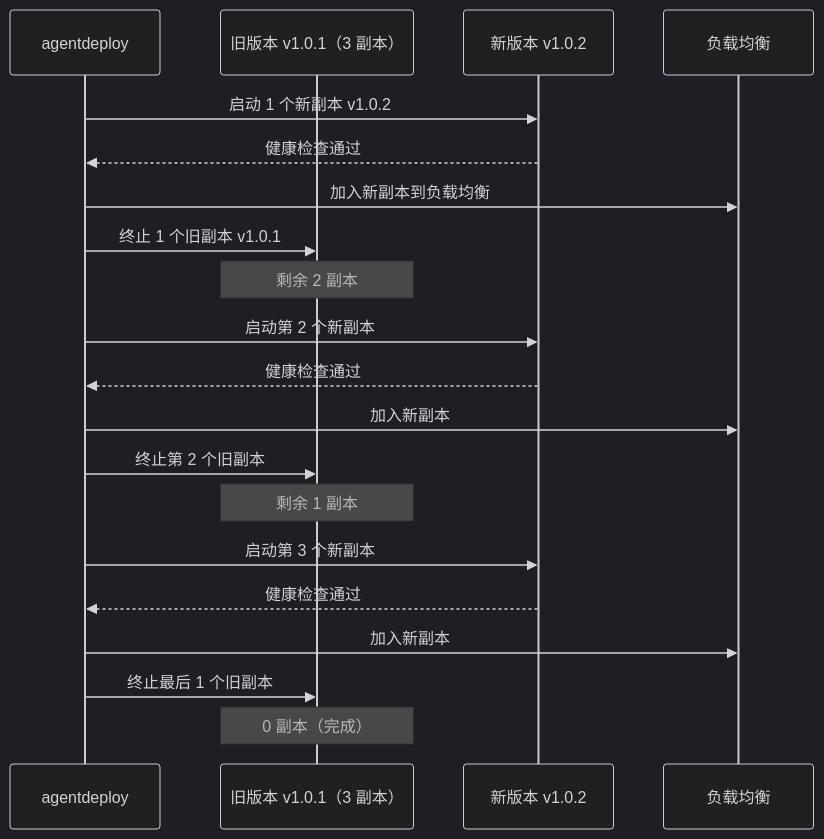
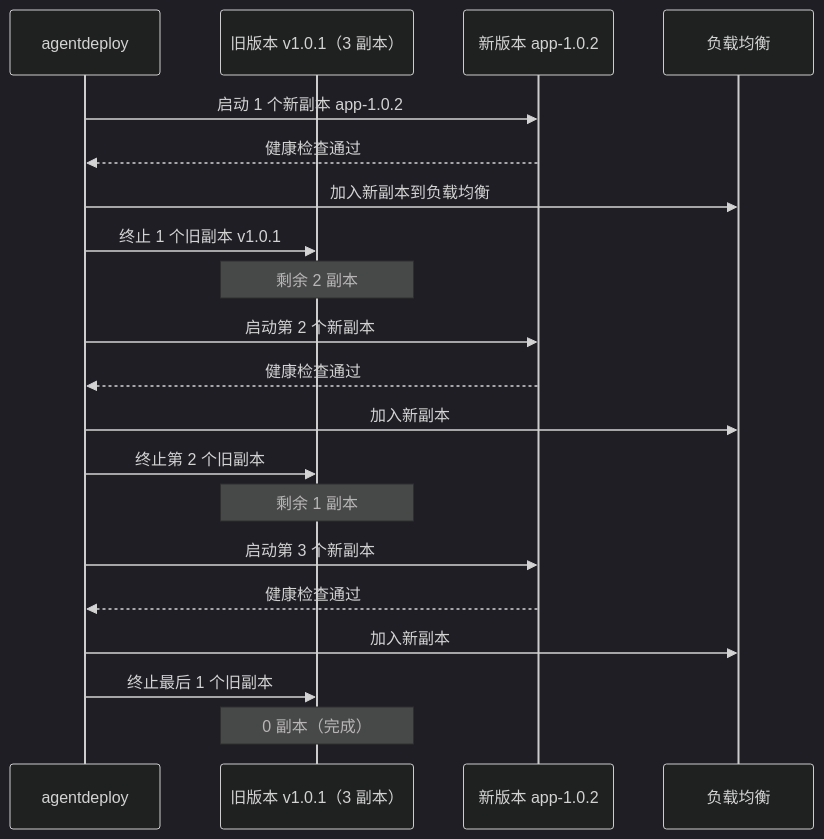
Before and after one commit to openairymax/docs: the fifth of 9 diagrams in AirymaxOS/140-application-development/06-agent-deployment.md, drawn with Mermaid (dark theme). The commit also changed other lines of this file and 113 other files, not shown here.

````diff
--- a/AirymaxOS/140-application-development/06-agent-deployment.md
+++ b/AirymaxOS/140-application-development/06-agent-deployment.md
@@ -691,25 +691,25 @@
 ```mermaid
 sequenceDiagram
     participant DEPLOY as agentdeploy
     participant OLD as 旧版本 v1.0.1（3 副本）
-    participant NEW as 新版本 v1.0.2
+    participant NEW as 新版本 app-1.0.2
     participant LB as 负载均衡
 
-    DEPLOY->>NEW: 启动 1 个新副本 v1.0.2
+    DEPLOY->>NEW: 启动 1 个新副本 app-1.0.2
     NEW-->>DEPLOY: 健康检查通过
     DEPLOY->>LB: 加入新副本到负载均衡
     DEPLOY->>OLD: 终止 1 个旧副本 v1.0.1
     Note over OLD: 剩余 2 副本
 
     DEPLOY->>NEW: 启动第 2 个新副本
     NEW-->>DEPLOY: 健康检查通过
     DEPLOY->>LB: 加入新副本
     DEPLOY->>OLD: 终止第 2 个旧副本
     Note over OLD: 剩余 1 副本
 
     DEPLOY->>NEW: 启动第 3 个新副本
     NEW-->>DEPLOY: 健康检查通过
     DEPLOY->>LB: 加入新副本
     DEPLOY->>OLD: 终止最后 1 个旧副本
     Note over OLD: 0 副本（完成）
 ```
````
